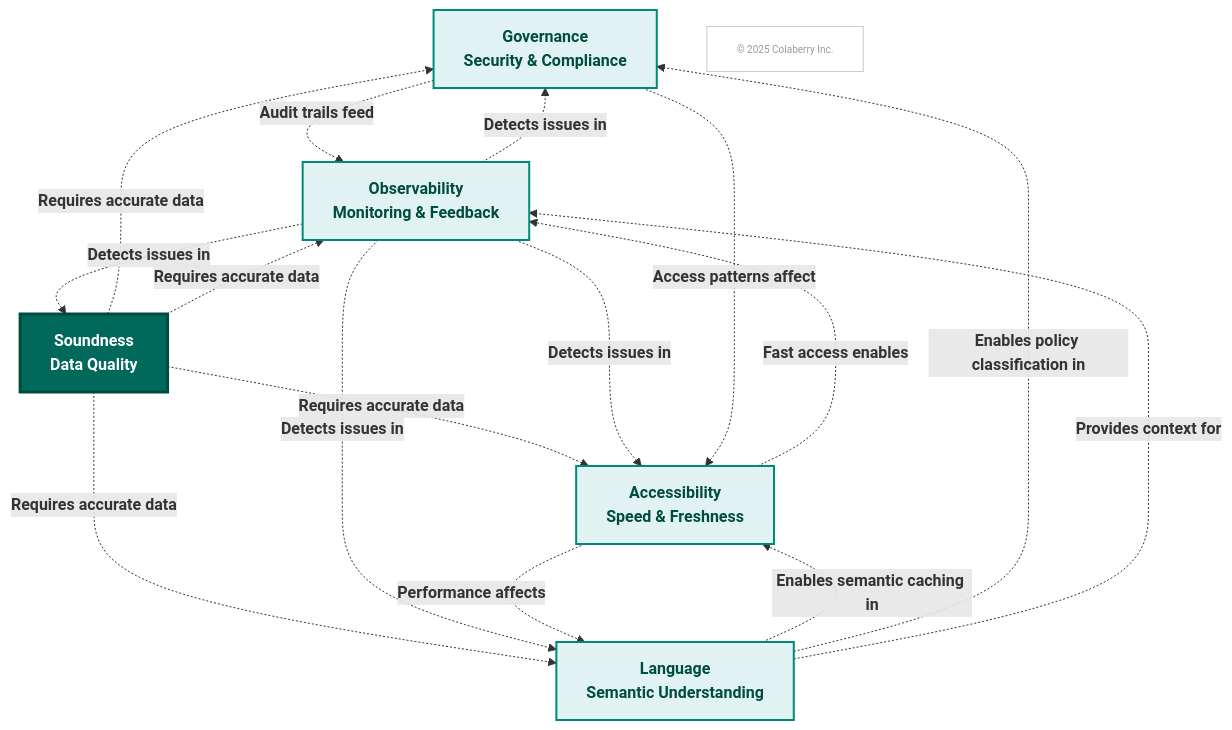
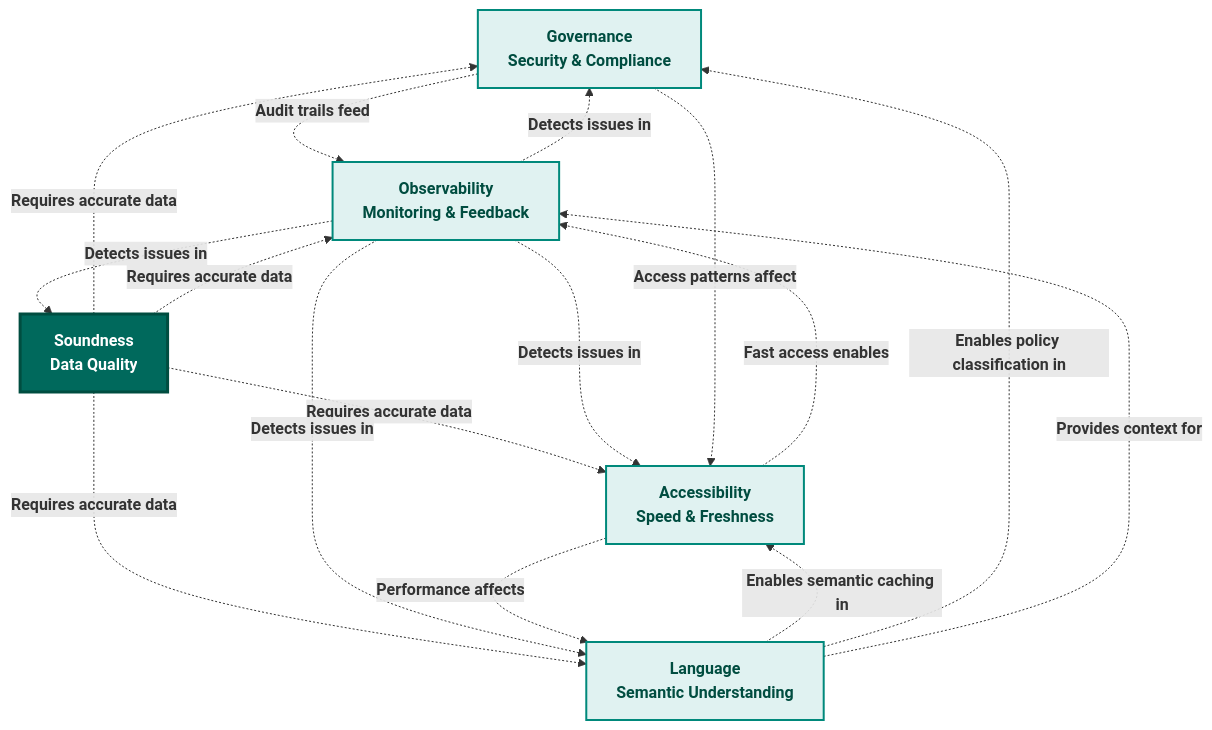
Before and after one commit to colaberry/enterprise-data-readiness-ai-agents: the ninth of 11 diagrams in chapter-02/chapter_2_complete.md, drawn with Mermaid. The commit also changed other lines of this file, not shown here.

````diff
--- a/chapter-02/chapter_2_complete.md
+++ b/chapter-02/chapter_2_complete.md
@@ -1578,43 +1475,39 @@
 ```mermaid
 graph TB
     G["<b>Governance
     Security & Compliance</b>"]
     O["<b>Observability
     Monitoring & Feedback</b>"]
     A["<b>Accessibility
     Speed & Freshness</b>"]
     L["<b>Language
     Semantic Understanding</b>"]
     S["<b>Soundness
     Data Quality</b>"]
     
     S -.->|<b>Requires accurate data</b>| G
     S -.->|<b>Requires accurate data</b>| O
     S -.->|<b>Requires accurate data</b>| A
     S -.->|<b>Requires accurate data</b>| L
     
     O -.->|<b>Detects issues in</b>| G
     O -.->|<b>Detects issues in</b>| A
     O -.->|<b>Detects issues in</b>| L
     O -.->|<b>Detects issues in</b>| S
     
     L -.->|<b>Enables semantic caching in</b>| A
     L -.->|<b>Enables policy classification in</b>| G
     L -.->|<b>Provides context for</b>| O
     
     A -.->|<b>Fast access enables</b>| O
     A -.->|<b>Performance affects</b>| L
     
     G -.->|<b>Audit trails feed</b>| O
     G -.->|<b>Access patterns affect</b>| A
     
     style G fill:#e0f2f1,stroke:#00897b,stroke-width:2px,color:#004d40
     style O fill:#e0f2f1,stroke:#00897b,stroke-width:2px,color:#004d40
     style A fill:#e0f2f1,stroke:#00897b,stroke-width:2px,color:#004d40
     style L fill:#e0f2f1,stroke:#00897b,stroke-width:2px,color:#004d40
     style S fill:#00695c,color:#ffffff,stroke:#004d40,stroke-width:3px
-    
-    COPYRIGHT["© 2025 Colaberry Inc."]
-    style COPYRIGHT fill:#ffffff,stroke:#cccccc,stroke-width:1px,color:#999999,font-size:10px
-
 ```
````
